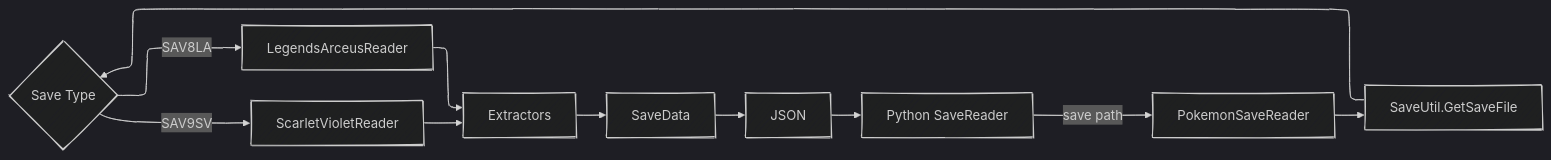
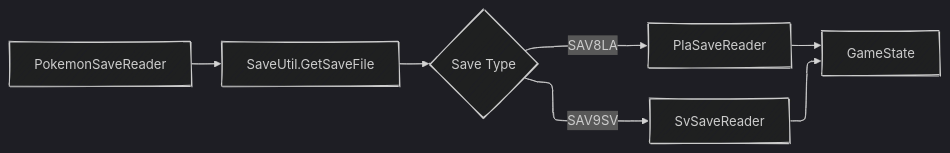
The fifth of 9 diagrams in docs/ARCHITECTURE.md (ramadhafidz/switch-rpc), drawn with Mermaid before and after one commit. The commit also changed other lines of this file and 13 other files, not shown here.

````diff
--- a/docs/ARCHITECTURE.md
+++ b/docs/ARCHITECTURE.md
@@ -301,22 +280,17 @@
 ```mermaid
 ---
 config:
   theme: dark
   look: handDrawn
   layout: elk
 ---
 flowchart LR
-	A[Python SaveReader] -->|save path| B[PokemonSaveReader]
-	B --> C[SaveUtil.GetSaveFile]
-	C --> D{Save Type}
+	A[PokemonSaveReader] --> B[SaveUtil.GetSaveFile]
+	B --> C{Save Type}
 
-	D -->|SAV8LA| E[LegendsArceusReader]
-	D -->|SAV9SV| F[ScarletVioletReader]
+	C -->|SAV8LA| D[PlaSaveReader]
+	C -->|SAV9SV| E[SvSaveReader]
 
-	E --> G[Extractors]
-	F --> G
-
-	G --> H[SaveData]
-	H --> I[JSON]
-	I --> A
+	D --> F[GameState]
+	E --> F
 ```
````
